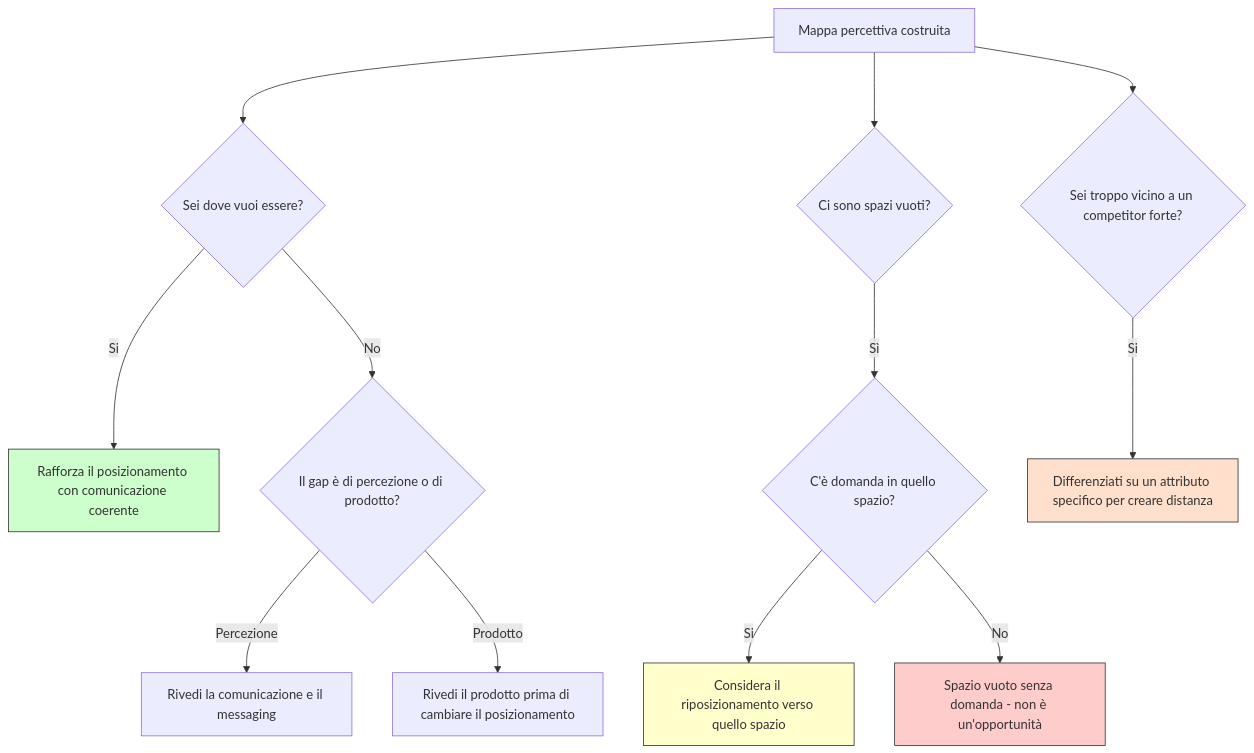
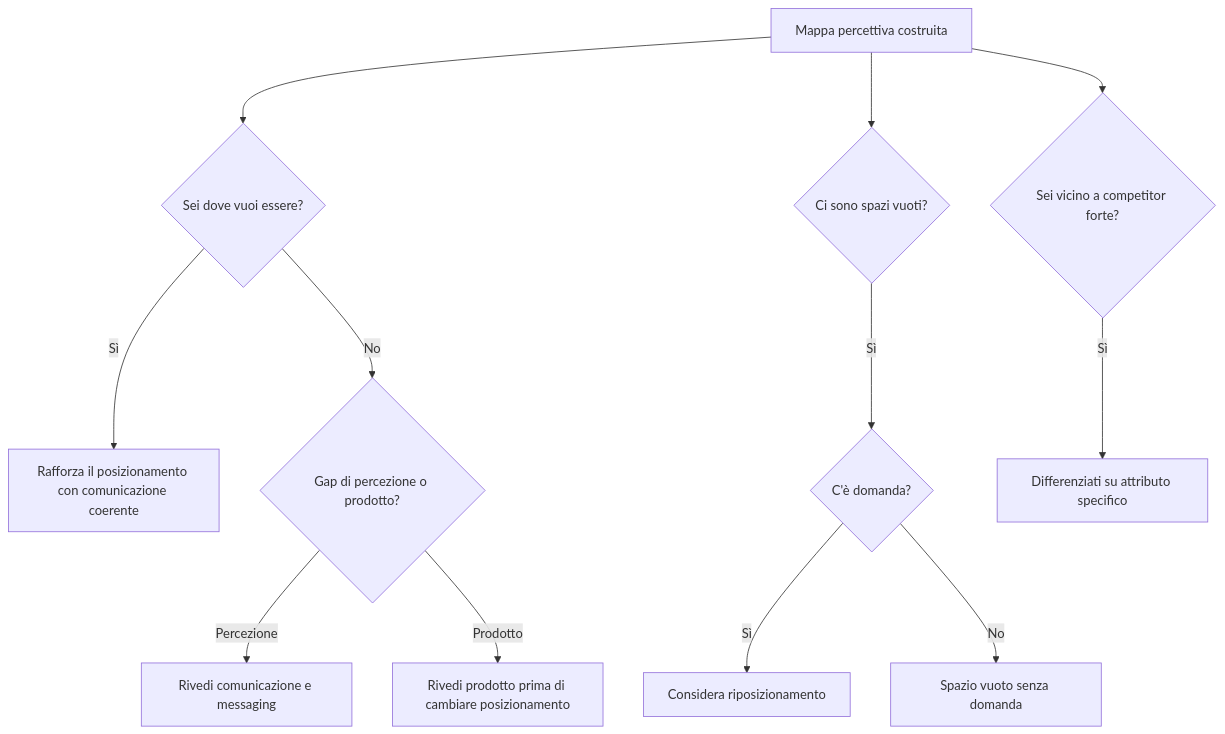
One commit to AndreyBertasini/gynnitech changed the diagram in src/content/blog/mappe-percettive.mdx. Above: the diagram before and after it, drawn with Mermaid. The commit also changed other lines of this file and 1491 other files, not shown here.

````diff
--- a/src/content/blog/mappe-percettive.mdx
+++ b/src/content/blog/mappe-percettive.mdx
@@ -222,18 +74,14 @@
 ```mermaid
 graph TD
     A[Mappa percettiva costruita] --> B{Sei dove vuoi essere?}
-    B -- Si --> C[Rafforza il posizionamento con comunicazione coerente]
-    B -- No --> D{Il gap è di percezione o di prodotto?}
-    D -- Percezione --> E[Rivedi la comunicazione e il messaging]
-    D -- Prodotto --> F[Rivedi il prodotto prima di cambiare il posizionamento]
+    B -- Sì --> C[Rafforza il posizionamento con comunicazione coerente]
+    B -- No --> D{Gap di percezione o prodotto?}
+    D -- Percezione --> E[Rivedi comunicazione e messaging]
+    D -- Prodotto --> F[Rivedi prodotto prima di cambiare posizionamento]
     A --> G{Ci sono spazi vuoti?}
-    G -- Sì --> H{C'è domanda in quello spazio?}
-    H -- Si --> I[Considera il riposizionamento verso quello spazio]
-    H -- No --> J[Spazio vuoto senza domanda - non è un'opportunità]
-    A --> K{Sei troppo vicino a un competitor forte?}
-    K -- Si --> L[Differenziati su un attributo specifico per creare distanza]
-    style C fill:#ccffcc,stroke:#333
-    style I fill:#ffffcc,stroke:#333
-    style L fill:#ffe0cc,stroke:#333
-    style J fill:#ffcccc,stroke:#333
+    G -- Sì --> H{C'è domanda?}
+    H -- Sì --> I[Considera riposizionamento]
+    H -- No --> J[Spazio vuoto senza domanda]
+    A --> K{Sei vicino a competitor forte?}
+    K -- Sì --> L[Differenziati su attributo specifico]
 ```
````
